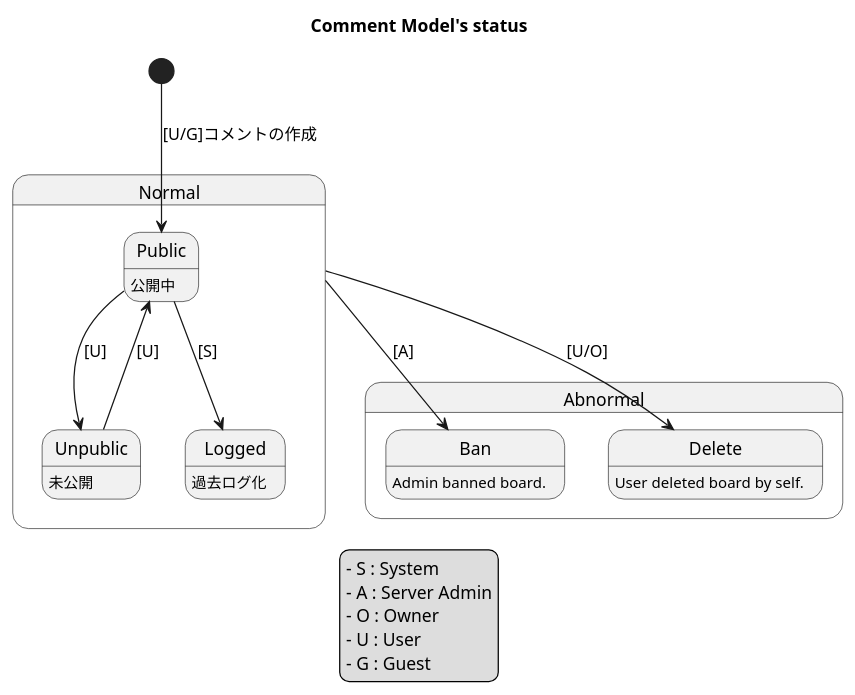
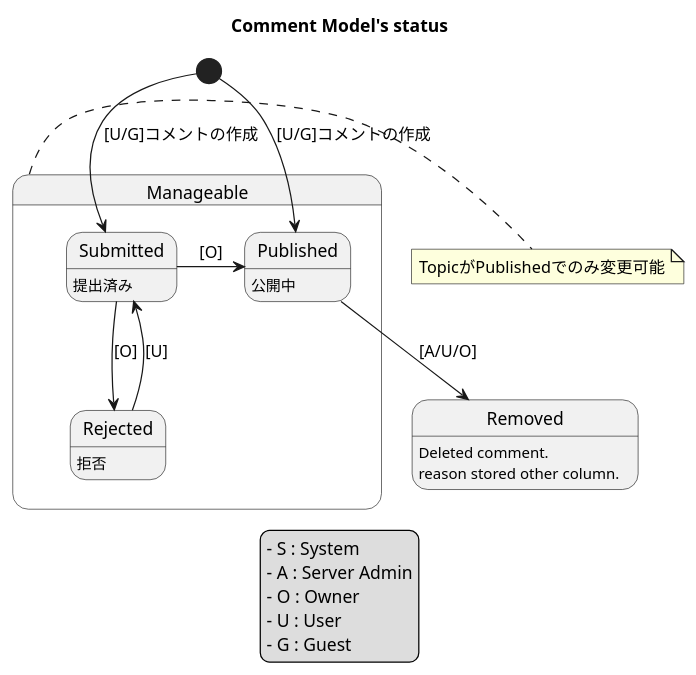
The diagram in doc/charts/activities/comment_status.pu (tetsuyainfra/nextbbs-rails), drawn with PlantUML before and after one commit. The commit also changed 82 other files, not shown here.

```diff
--- a/doc/charts/activities/comment_status.pu
+++ b/doc/charts/activities/comment_status.pu
@@ -1,31 +1,41 @@
 @startuml
 title Comment Model's status
 
-state Normal{
-  Public   : 公開中
-  Unpublic : 未公開
-  Logged   : 過去ログ化
+state Manageable {
+  ' Unpublished : 未公開
+  Published   : 公開中
+  Submitted   : 提出済み
+  Rejected    : 拒否
+  ' Logged   : 過去ログ化
 }
+note right of Manageable
+ TopicがPublishedでのみ変更可能
+end note
 
-state Abnormal{
-  Ban    : Admin banned board.
-  Delete : User deleted board by self.
-}
+' state Abnormal{
+  ' Banned  : Admin banned comment
+  Removed : Deleted comment.
+  Removed : reason stored other column.
+' }
 
-[*]      -down-> Public : [U/G]コメントの作成
-Public --> Unpublic : [U]
-Unpublic --> Public : [U]
-Public   --> Logged : [S]
+[*]      -down-> Published : [U/G]コメントの作成
+[*]      -down-> Submitted : [U/G]コメントの作成
+' Published   --> Unpublished : [U]
+Submitted   -right-> Published : [O]
+Submitted   -down-> Rejected : [O]
+Rejected   --> Submitted : [U]
+' Published   --> Logged : [S]
 
-Normal --> Ban : [A]
-Normal --> Delete : [U/O]
+Published --> Removed : [A/U/O]
+' Normal --> Removed : [A/U/O]
 
 legend
 - S : System
 - A : Server Admin
 - O : Owner
 - U : User
 - G : Guest
 end legend
 
+
 @end
```
